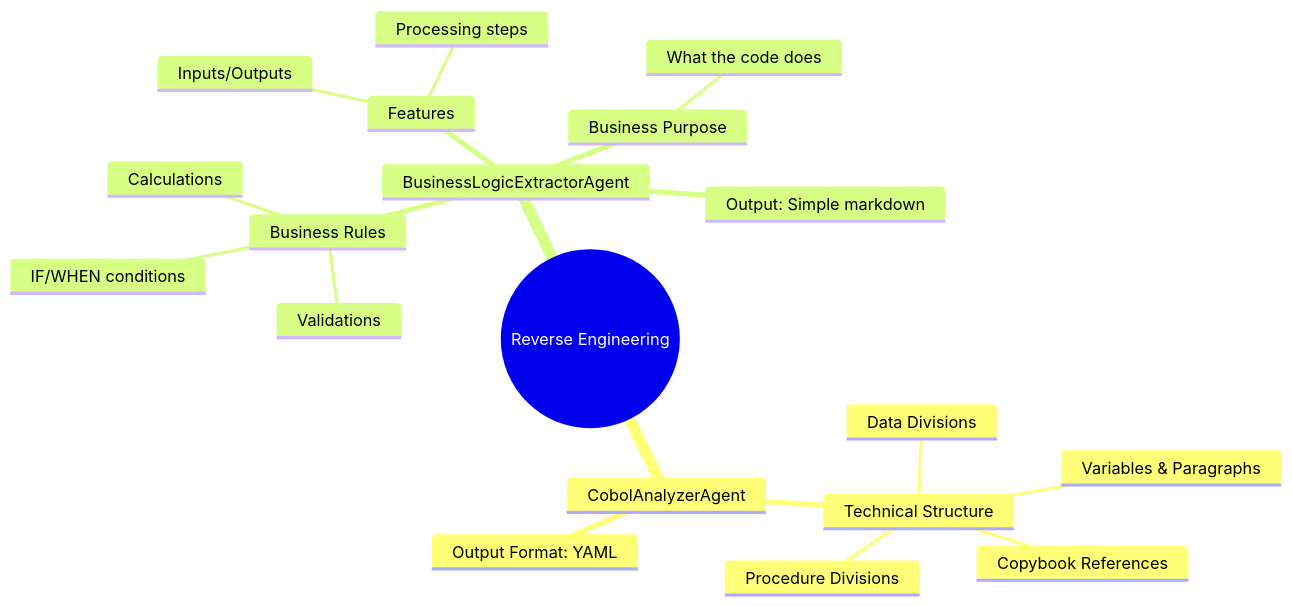
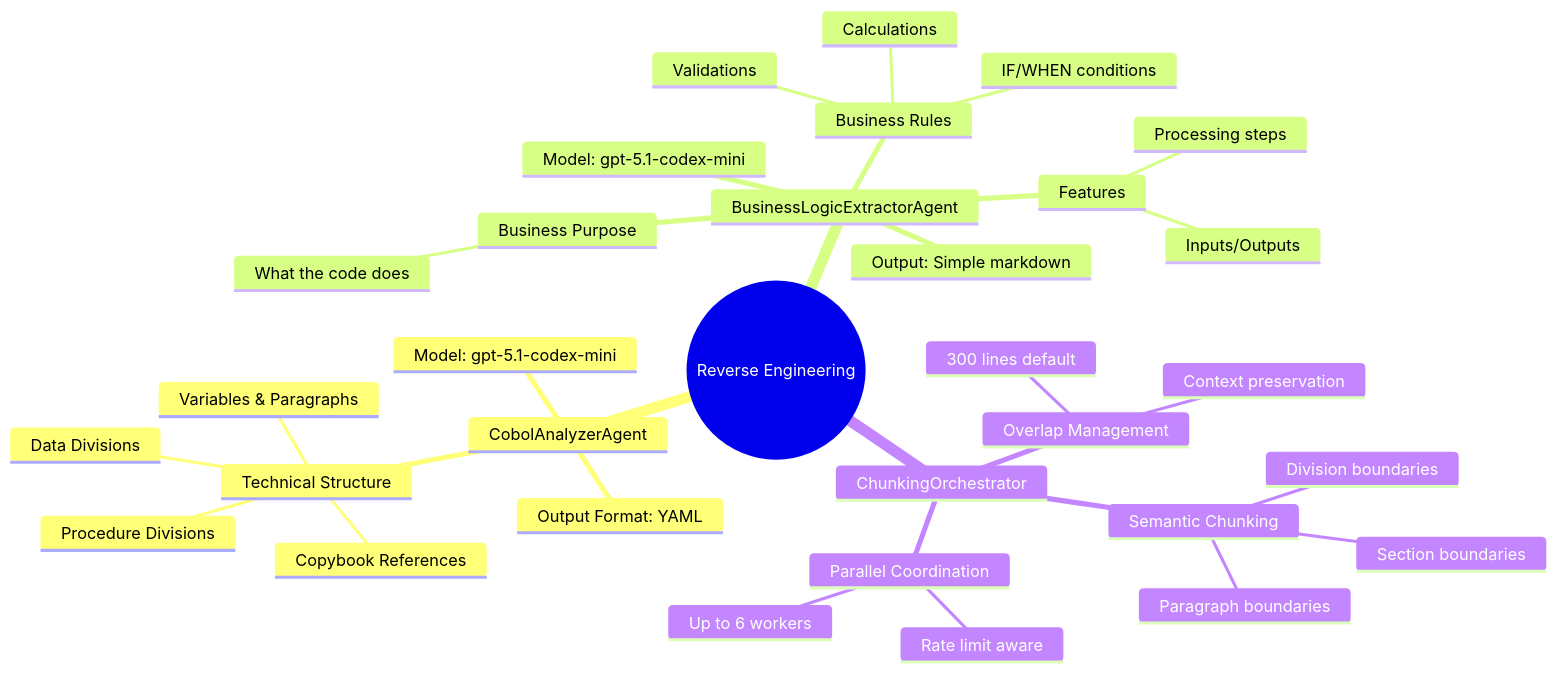
Before and after one commit to Azure-Samples/Legacy-Modernization-Agents: the fifth of 7 diagrams in REVERSE_ENGINEERING_ARCHITECTURE.md, drawn with Mermaid. The commit also changed other lines of this file and 91 other files, not shown here.

````diff
--- a/REVERSE_ENGINEERING_ARCHITECTURE.md
+++ b/REVERSE_ENGINEERING_ARCHITECTURE.md
@@ -137,22 +279,35 @@
 ```mermaid
 mindmap
   root((Reverse Engineering))
     CobolAnalyzerAgent
       Technical Structure
         Data Divisions
         Procedure Divisions
         Variables & Paragraphs
         Copybook References
+      Model: gpt-5.1-codex-mini
       Output Format: YAML
     BusinessLogicExtractorAgent
       Business Purpose
         What the code does
       Business Rules
         IF/WHEN conditions
         Validations
         Calculations
       Features
         Inputs/Outputs
         Processing steps
+      Model: gpt-5.1-codex-mini
       Output: Simple markdown
+    ChunkingOrchestrator
+      Semantic Chunking
+        Division boundaries
+        Paragraph boundaries
+        Section boundaries
+      Overlap Management
+        300 lines default
+        Context preservation
+      Parallel Coordination
+        Up to 6 workers
+        Rate limit aware
 ```
````
